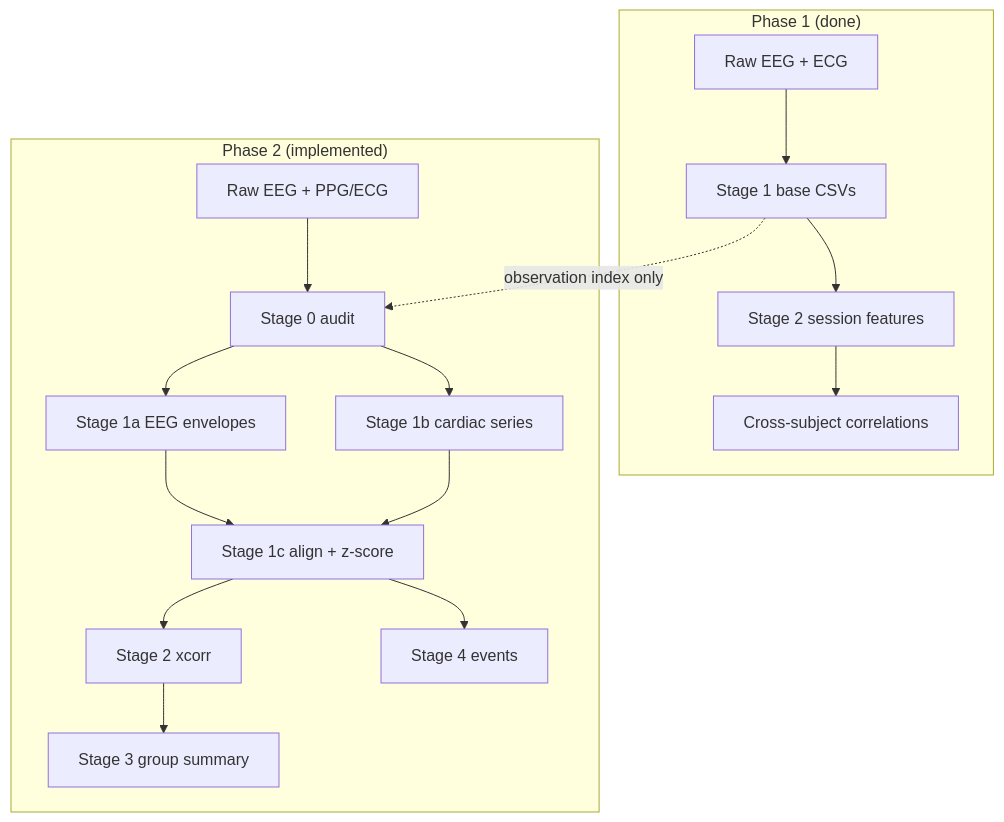
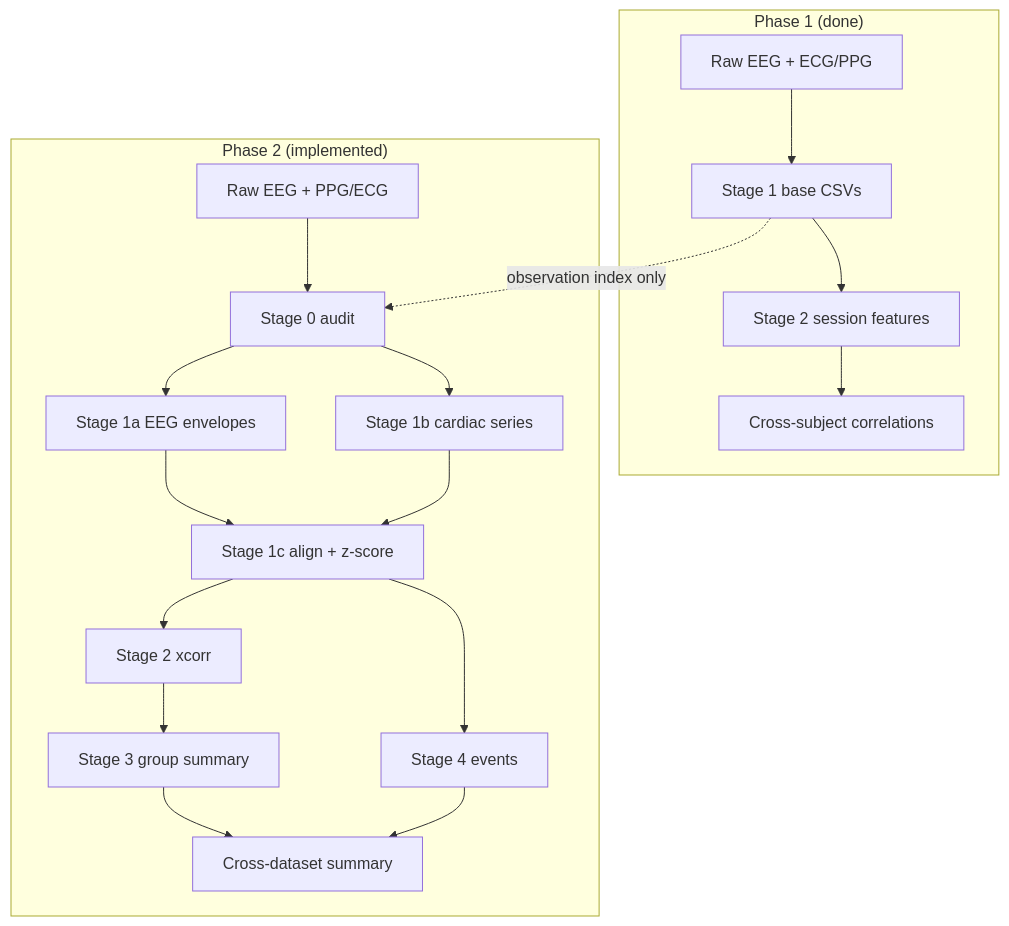
One commit to Sara-Bonyadian/Thesis changed the diagram in temporal_coupling/README.md. Above: the diagram before and after it, drawn with Mermaid. The commit also changed other lines of this file and 13 other files, not shown here.

````diff
--- a/temporal_coupling/README.md
+++ b/temporal_coupling/README.md
@@ -204,29 +224,32 @@
 ```mermaid
 flowchart TD
   subgraph phase1 ["Phase 1 (done)"]
-    raw1["Raw EEG + ECG"]
+    raw1["Raw EEG + ECG/PPG"]
     stage1["Stage 1 base CSVs"]
     stage2["Stage 2 session features"]
     xsub["Cross-subject correlations"]
     raw1 --> stage1 --> stage2 --> xsub
   end
 
   subgraph phase2 ["Phase 2 (implemented)"]
     raw2["Raw EEG + PPG/ECG"]
     s0["Stage 0 audit"]
     s1a["Stage 1a EEG envelopes"]
     s1b["Stage 1b cardiac series"]
     s1c["Stage 1c align + z-score"]
     xcorr["Stage 2 xcorr"]
     group3["Stage 3 group summary"]
     events["Stage 4 events"]
+    cross["Cross-dataset summary"]
     raw2 --> s0 --> s1a
     s0 --> s1b
     s1a --> s1c
     s1b --> s1c
     s1c --> xcorr --> group3
     s1c --> events
+    group3 --> cross
+    events --> cross
   end
 
   stage1 -.->|"observation index only"| s0
 ```
````
